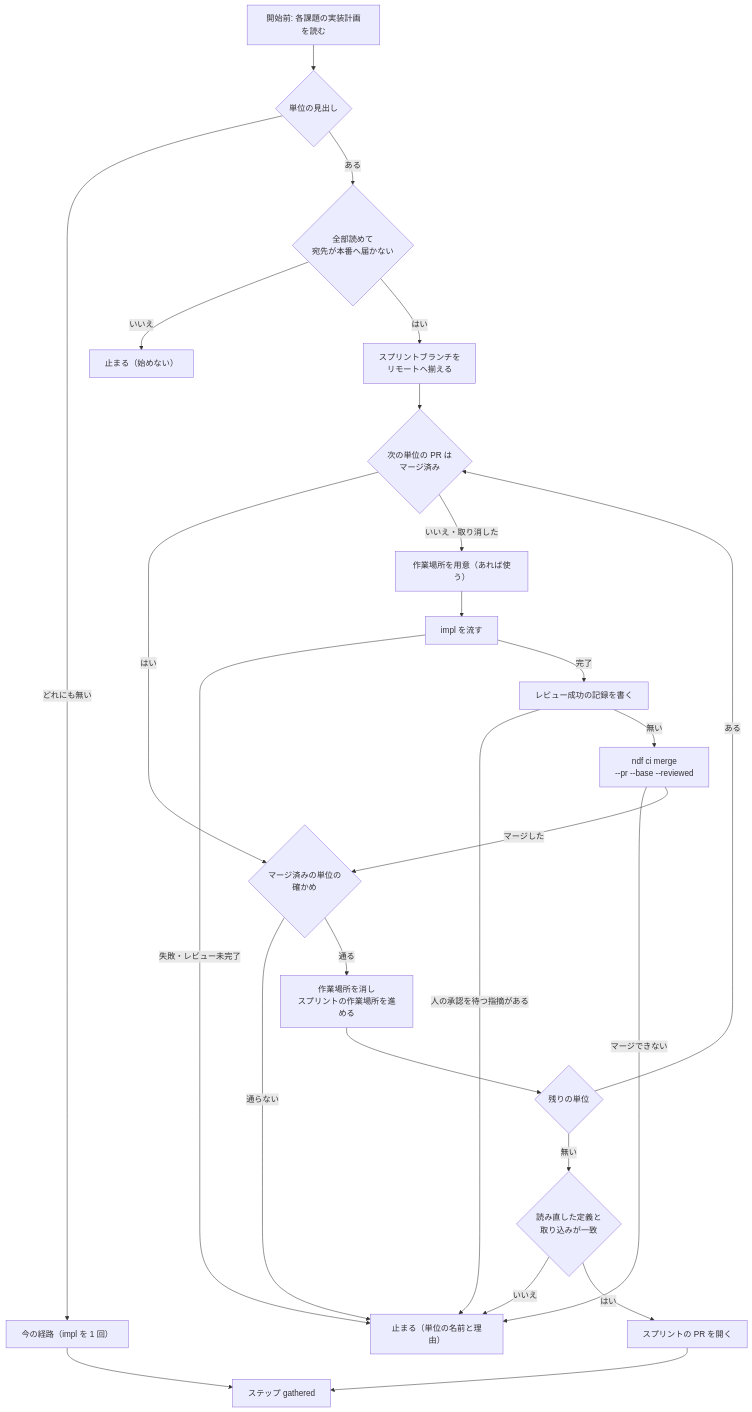
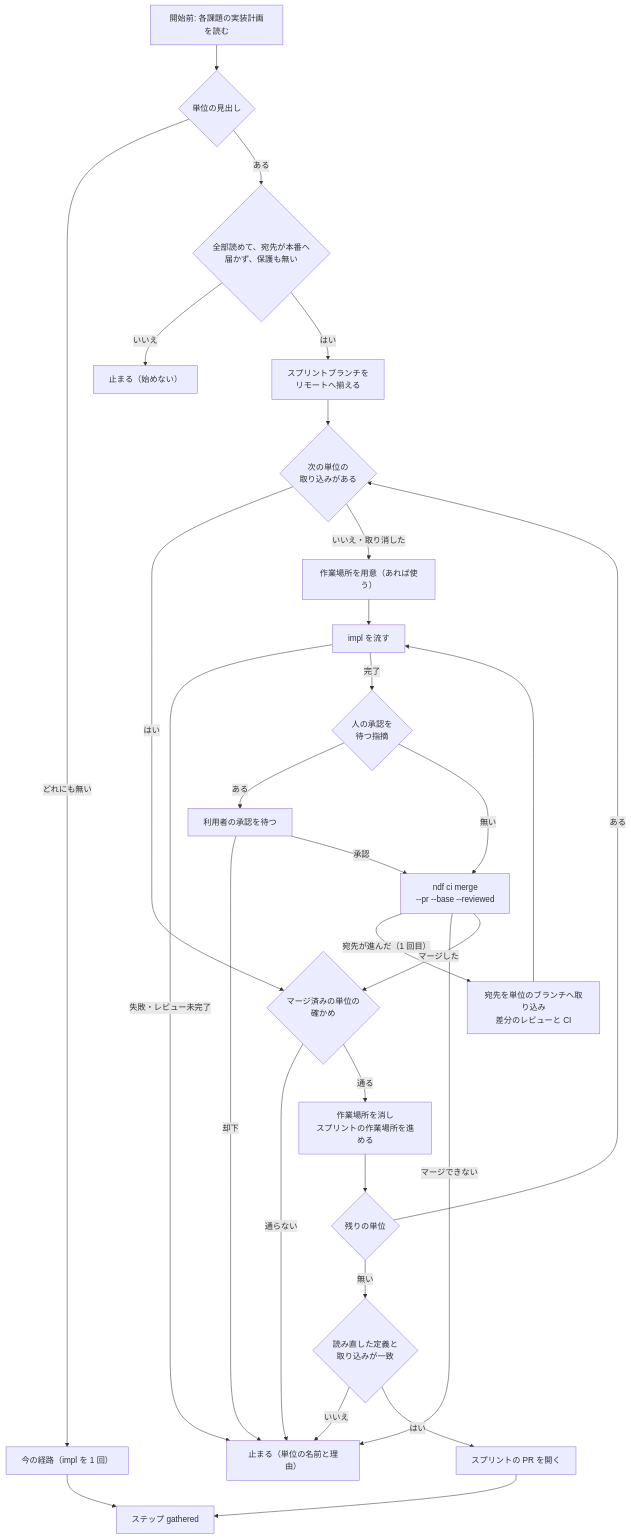
The third of 3 diagrams in issues/issue-4369-design.md (devbasex/ai-plugins), drawn with Mermaid before and after one commit. The commit also changed other lines of this file, not shown here.

````diff
--- a/issues/issue-4369-design.md
+++ b/issues/issue-4369-design.md
@@ -173,27 +175,31 @@
 ```mermaid
 flowchart TB
   A["開始前: 各課題の実装計画を読む"] --> B{"単位の見出し"}
   B -->|どれにも無い| C["今の経路（impl を 1 回）"]
-  B -->|ある| D{"全部読めて<br/>宛先が本番へ届かない"}
+  B -->|ある| D{"全部読めて、宛先が本番へ<br/>届かず、保護も無い"}
   D -->|いいえ| E["止まる（始めない）"]
   D -->|はい| F["スプリントブランチを<br/>リモートへ揃える"]
-  F --> H{"次の単位の PR は<br/>マージ済み"}
+  F --> H{"次の単位の<br/>取り込みがある"}
   H -->|はい| V
   H -->|いいえ・取り消した| W["作業場所を用意（あれば使う）"]
   W --> P["impl を流す"]
   P -->|失敗・レビュー未完了| X["止まる（単位の名前と理由）"]
-  P -->|完了| S["レビュー成功の記録を書く"]
-  S -->|人の承認を待つ指摘がある| X
+  P -->|完了| S{"人の承認を<br/>待つ指摘"}
+  S -->|ある| A2["利用者の承認を待つ"]
+  A2 -->|却下| X
+  A2 -->|承認| M
   S -->|無い| M["ndf ci merge<br/>--pr --base --reviewed"]
+  M -->|宛先が進んだ（1 回目）| B2["宛先を単位のブランチへ取り込み<br/>差分のレビューと CI"]
+  B2 --> P
   M -->|マージできない| X
   M -->|マージした| V{"マージ済みの単位の<br/>確かめ"}
   V -->|通らない| X
   V -->|通る| Y["作業場所を消し<br/>スプリントの作業場所を進める"]
   Y --> N{"残りの単位"}
   N -->|ある| H
   N -->|無い| R{"読み直した定義と<br/>取り込みが一致"}
   R -->|いいえ| X
   R -->|はい| Z["スプリントの PR を開く"]
   Z --> G["ステップ gathered"]
   C --> G
 ```
````
